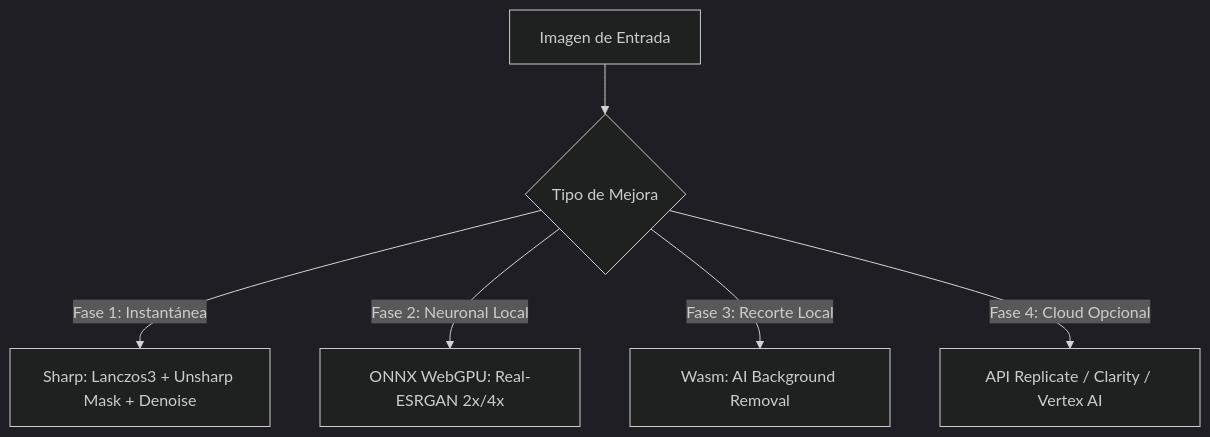
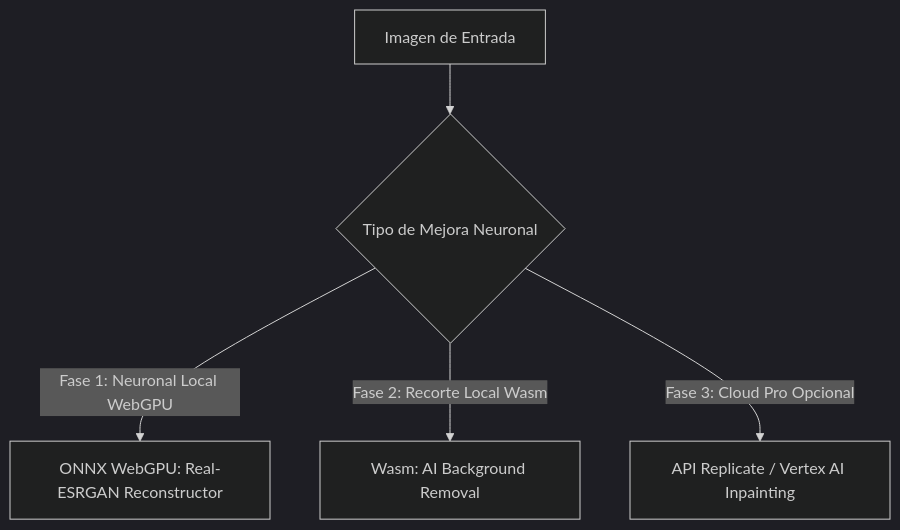
One commit to Ian9Franco/Web-Sling-Optimizer changed the diagram in ROADMAP_AI_UPSCALING_AND_ENHANCEMENT.md. Above: the diagram before and after it, drawn with Mermaid (dark theme). The commit also changed other lines of this file, not shown here.

Commit message:
docs: update roadmap removing completed Super-Resolution and HD clarity features

````diff
--- a/ROADMAP_AI_UPSCALING_AND_ENHANCEMENT.md
+++ b/ROADMAP_AI_UPSCALING_AND_ENHANCEMENT.md
@@ -19,8 +18,7 @@
 ```mermaid
 graph TD
-    A[Imagen de Entrada] --> B{Tipo de Mejora}
-    B -->|Fase 1: Instantánea| C[Sharp: Lanczos3 + Unsharp Mask + Denoise]
-    B -->|Fase 2: Neuronal Local| D[ONNX WebGPU: Real-ESRGAN 2x/4x]
-    B -->|Fase 3: Recorte Local| E[Wasm: AI Background Removal]
-    B -->|Fase 4: Cloud Opcional| F[API Replicate / Clarity / Vertex AI]
+    A[Imagen de Entrada] --> B{Tipo de Mejora Neuronal}
+    B -->|Fase 1: Neuronal Local WebGPU| C[ONNX WebGPU: Real-ESRGAN Reconstructor]
+    B -->|Fase 2: Recorte Local Wasm| D[Wasm: AI Background Removal]
+    B -->|Fase 3: Cloud Pro Opcional| E[API Replicate / Vertex AI Inpainting]
 ```
````
